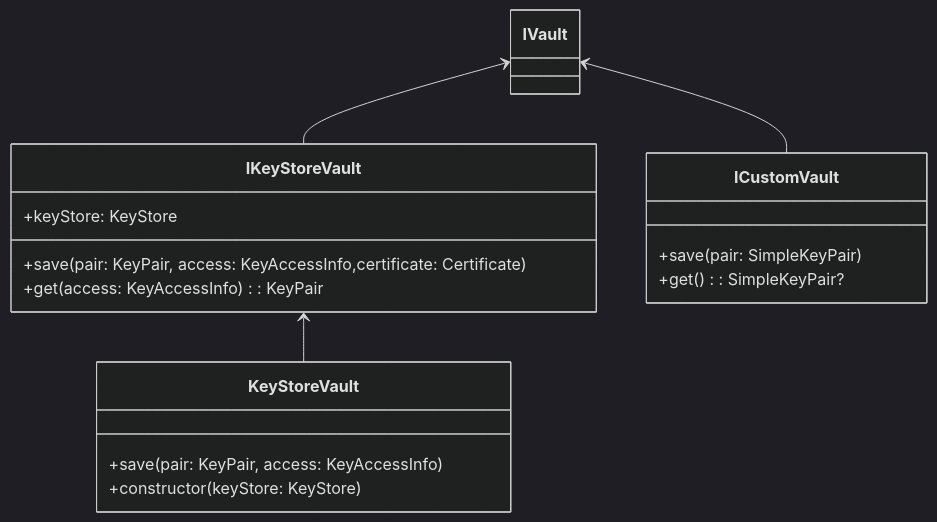
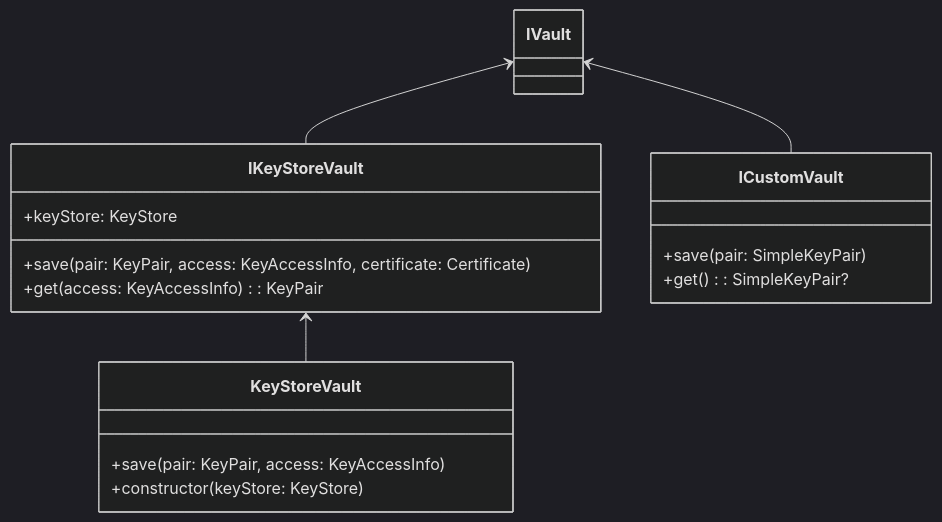
Before and after one commit to planet-nine-app/sessionless: the third of 4 diagrams in src/kotlin/README.md, drawn with Mermaid (dark theme). The commit also changed other lines of this file, not shown here.

````diff
--- a/src/kotlin/README.md
+++ b/src/kotlin/README.md
@@ -61,23 +62,23 @@
 ```mermaid
 classDiagram
   class IVault { }
   class IKeyStoreVault {
     +keyStore: KeyStore
 
-    +save(pair: KeyPair, access: KeyAccessInfo,certificate: Certificate)
+    +save(pair: KeyPair, access: KeyAccessInfo, certificate: Certificate)
     +get(access: KeyAccessInfo): KeyPair
   }
   class ICustomVault {
     +save(pair: SimpleKeyPair)
     +get(): SimpleKeyPair?
   }
 
   class KeyStoreVault {
     +save(pair: KeyPair, access: KeyAccessInfo)
     +constructor(keyStore: KeyStore)
   }
 
   IVault <-- IKeyStoreVault
   IVault <-- ICustomVault
   IKeyStoreVault <-- KeyStoreVault
 ```
````
